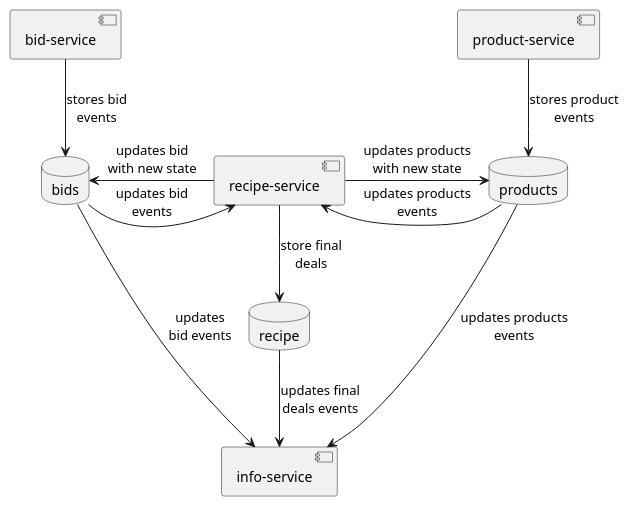
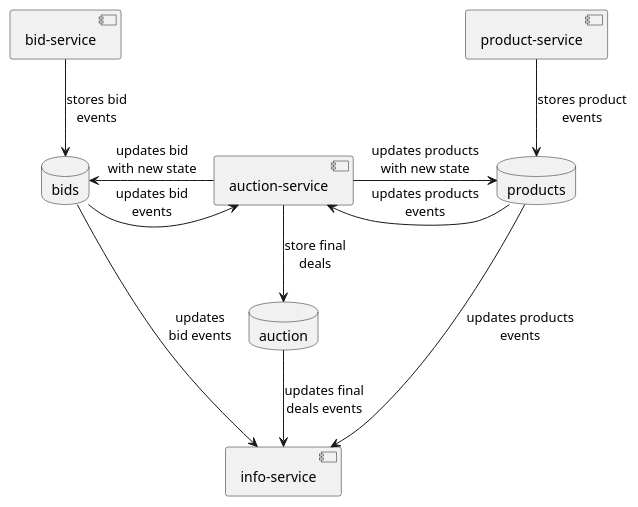
The diagram in docs/assets/arch-1.pu (FilipeMCruzBJSS/action-hunters), drawn with PlantUML before and after one commit. The commit also changed 5 other files, not shown here.

Commit message:
Added basic diagram with the product state

```diff
--- a/docs/assets/arch-1.pu
+++ b/docs/assets/arch-1.pu
@@ -1,38 +1,38 @@
 @startuml arch-1
 
 component "bid-service" as BIDS
 
 database "bids" as BIDS_TOPIC
 
 BIDS --> BIDS_TOPIC: stores bid\nevents
 
-component "recipe-service" as RECIPE
+component "auction-service" as AUCTION
 
-database "recipe" as RECIPE_TOPIC
+database "auction" as AUCTION_TOPIC
 
-RECIPE --> RECIPE_TOPIC: store final\ndeals
+AUCTION --> AUCTION_TOPIC: store final\ndeals
 
-BIDS_TOPIC -> RECIPE: updates bid\nevents
+BIDS_TOPIC -> AUCTION: updates bid\nevents
 
-BIDS_TOPIC <- RECIPE: updates bid\nwith new state
+BIDS_TOPIC <- AUCTION: updates bid\nwith new state
 
 component "product-service" as PRODUCT
 
 database "products" as PRODUCT_TOPIC
 
 PRODUCT --> PRODUCT_TOPIC: stores product\nevents
 
-RECIPE -> PRODUCT_TOPIC: updates products\nwith new state
+AUCTION -> PRODUCT_TOPIC: updates products\nwith new state
 
-RECIPE <- PRODUCT_TOPIC: updates products\nevents
+AUCTION <- PRODUCT_TOPIC: updates products\nevents
 
 component "info-service" as INFO
 
 BIDS_TOPIC --> INFO: updates\nbid events
 
 PRODUCT_TOPIC ---> INFO: updates products\nevents
 
-RECIPE_TOPIC --> INFO: updates final\ndeals events
+AUCTION_TOPIC --> INFO: updates final\ndeals events
 
 
 @enduml
```
